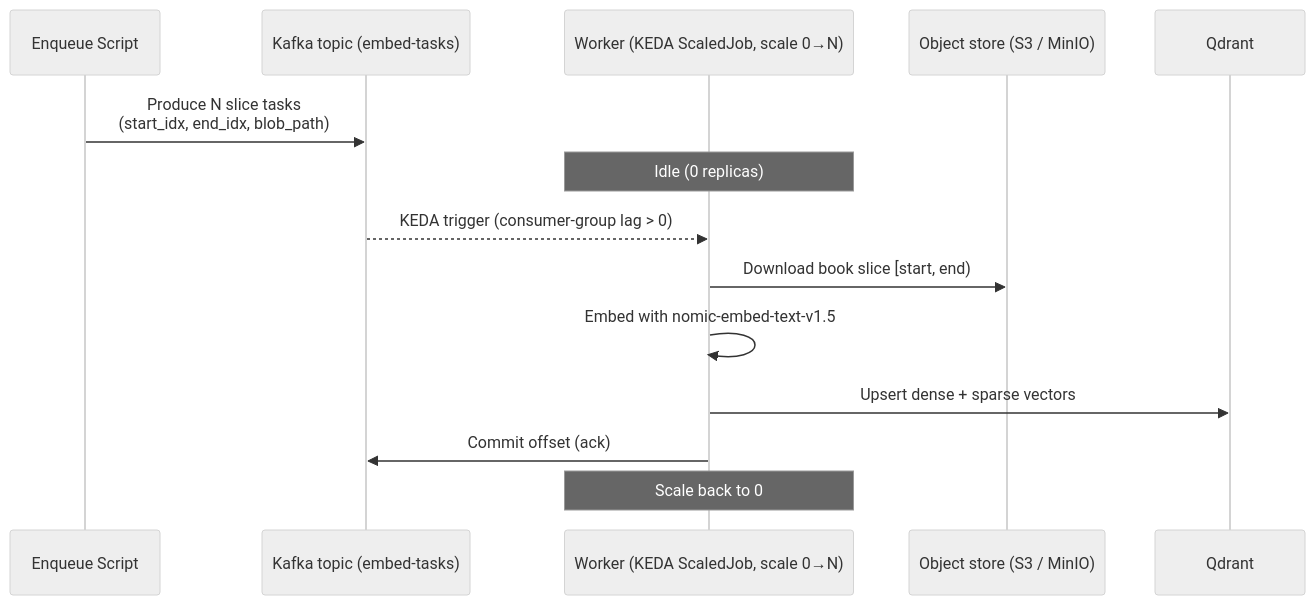
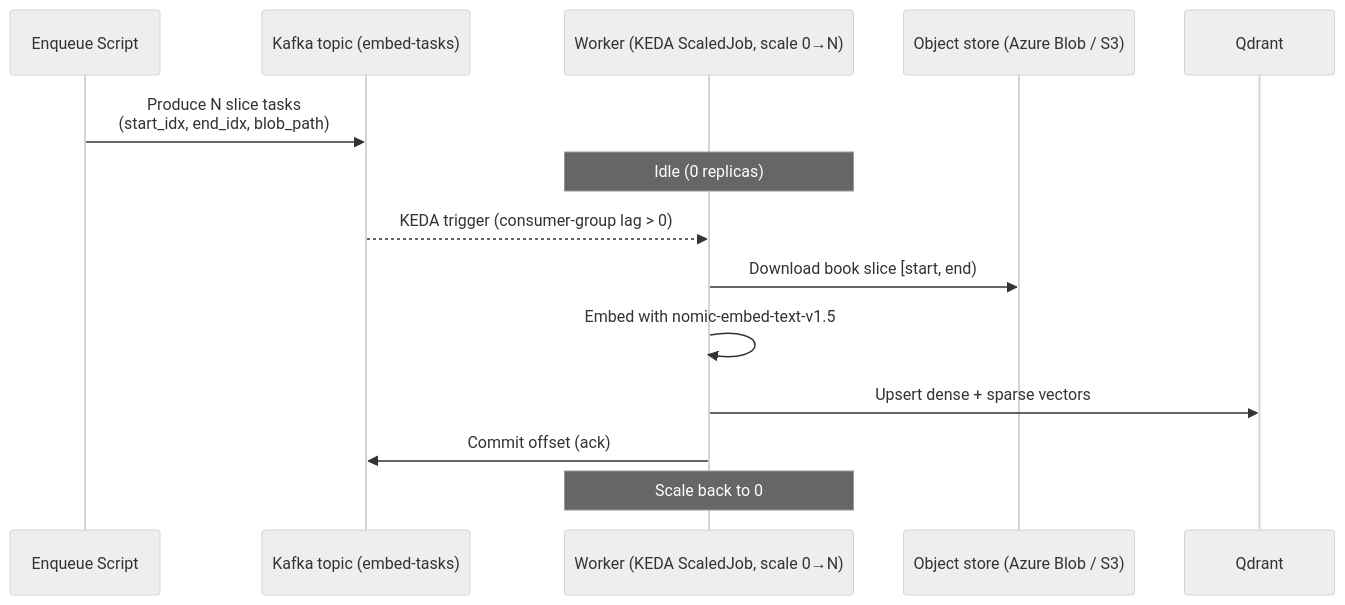
The fourth of 4 diagrams in README.md (TruaShamu/ai-search), drawn with Mermaid (neutral theme) before and after one commit. The commit also changed other lines of this file and 18 other files, not shown here.

````diff
--- a/README.md
+++ b/README.md
@@ -123,17 +123,17 @@
 ```mermaid
 sequenceDiagram
     participant ETL as Enqueue Script
     participant Q as Kafka topic (embed-tasks)
     participant W as Worker (KEDA ScaledJob, scale 0→N)
-    participant Blob as Object store (S3 / MinIO)
+    participant Blob as Object store (Azure Blob / S3)
     participant QD as Qdrant
 
     ETL->>Q: Produce N slice tasks<br/>(start_idx, end_idx, blob_path)
     Note over W: Idle (0 replicas)
     Q-->>W: KEDA trigger (consumer-group lag > 0)
     W->>Blob: Download book slice [start, end)
     W->>W: Embed with nomic-embed-text-v1.5
     W->>QD: Upsert dense + sparse vectors
     W->>Q: Commit offset (ack)
     Note over W: Scale back to 0
 ```
````
